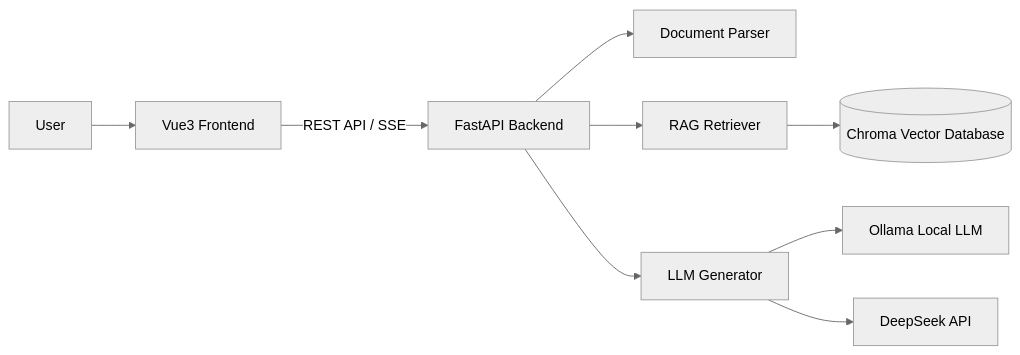
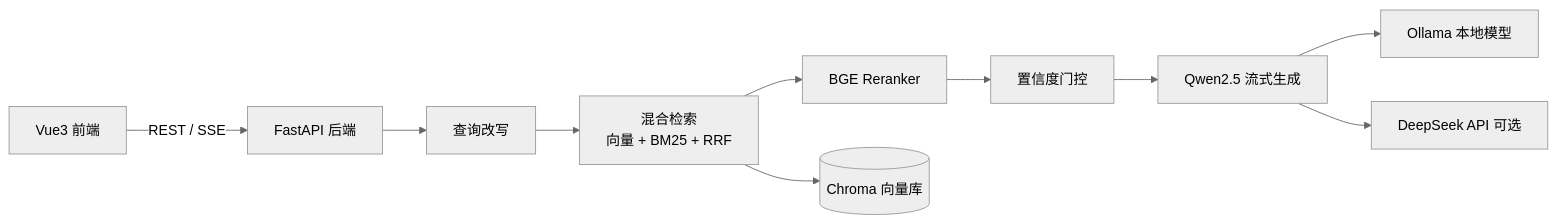
The diagram in README.md (ya1u737/CacheFlow408), drawn with Mermaid (neutral theme) before and after one commit. The commit also changed other lines of this file and 25 other files, not shown here.

````diff
--- a/README.md
+++ b/README.md
@@ -266,22 +52,12 @@
 ```mermaid
 flowchart LR
-
-A[User]
-
-A --> B[Vue3 Frontend]
-
-B -->|REST API / SSE| C[FastAPI Backend]
-
-C --> D[Document Parser]
-
-C --> E[RAG Retriever]
-
-C --> F[LLM Generator]
-
-E --> G[(Chroma Vector Database)]
-
-F --> H[Ollama Local LLM]
-
-F --> I[DeepSeek API]
-
+    A[Vue3 前端] -->|REST / SSE| B[FastAPI 后端]
+    B --> C[查询改写]
+    C --> D[混合检索<br/>向量 + BM25 + RRF]
+    D --> E[BGE Reranker]
+    E --> F[置信度门控]
+    F --> G[Qwen2.5 流式生成]
+    D --> H[(Chroma 向量库)]
+    G --> I[Ollama 本地模型]
+    G --> J[DeepSeek API 可选]
 ```
````
